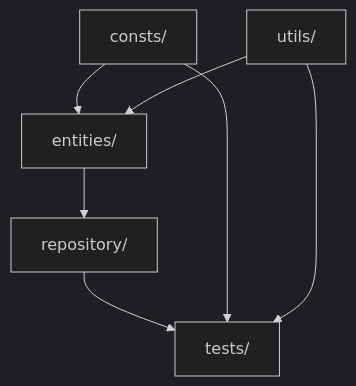
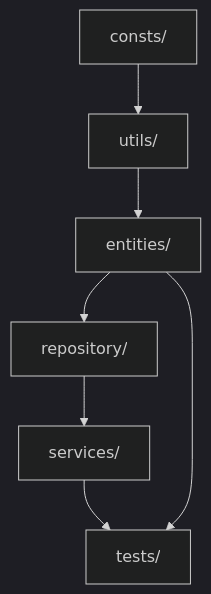
Before and after one commit to diogomasc/sistema-de-fidelidade-testes-em-software: the diagram in README.md, drawn with Mermaid (dark theme). The commit also changed other lines of this file and 1 other file, not shown here.

Commit message:
docs: enhance README with architectural decisions, SOLID principles, detailed test organization, and 100% coverage report, and remove old project description.

````diff
--- a/README.md
+++ b/README.md
@@ -48,9 +61,9 @@
 ```mermaid
 flowchart TD
-    CONSTS[consts/] --> ENTITIES[entities/]
-    UTILS[utils/] --> ENTITIES
+    CONSTS[consts/] --> UTILS[utils/]
+    UTILS --> ENTITIES[entities/]
     ENTITIES --> REPO[repository/]
-    REPO --> TESTS[tests/]
-    CONSTS --> TESTS
-    UTILS --> TESTS
+    REPO --> SERVICES[services/]
+    SERVICES --> TESTS[tests/]
+    ENTITIES --> TESTS
 ```
````
